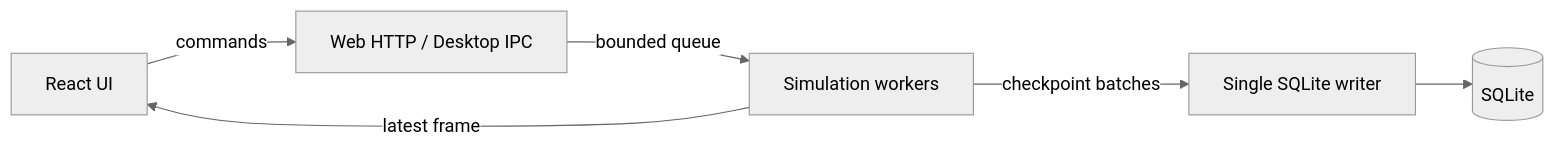
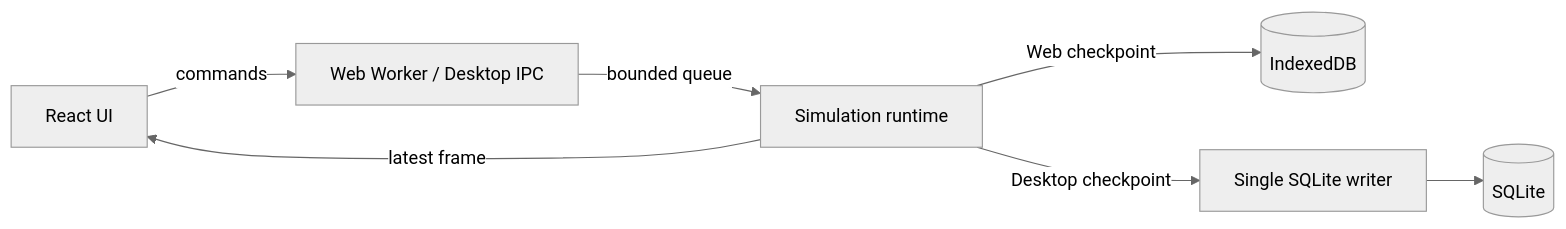
Before and after one commit to Linmoqian/Cell-Runner-Rotor-Simulator: the first of 2 diagrams in docs/architecture/simulation-runtime.md, drawn with Mermaid (neutral theme). The commit also changed other lines of this file and 36 other files, not shown here.

````diff
--- a/docs/architecture/simulation-runtime.md
+++ b/docs/architecture/simulation-runtime.md
@@ -9,8 +9,9 @@
 ```mermaid
 flowchart LR
-    UI["React UI"] -->|commands| API["Web HTTP / Desktop IPC"]
-    API -->|bounded queue| SIM["Simulation workers"]
+    UI["React UI"] -->|commands| API["Web Worker / Desktop IPC"]
+    API -->|bounded queue| SIM["Simulation runtime"]
     SIM -->|latest frame| UI
-    SIM -->|checkpoint batches| DB["Single SQLite writer"]
+    SIM -->|Web checkpoint| IDB[(IndexedDB)]
+    SIM -->|Desktop checkpoint| DB["Single SQLite writer"]
     DB --> SQLITE[(SQLite)]
 ```
````
